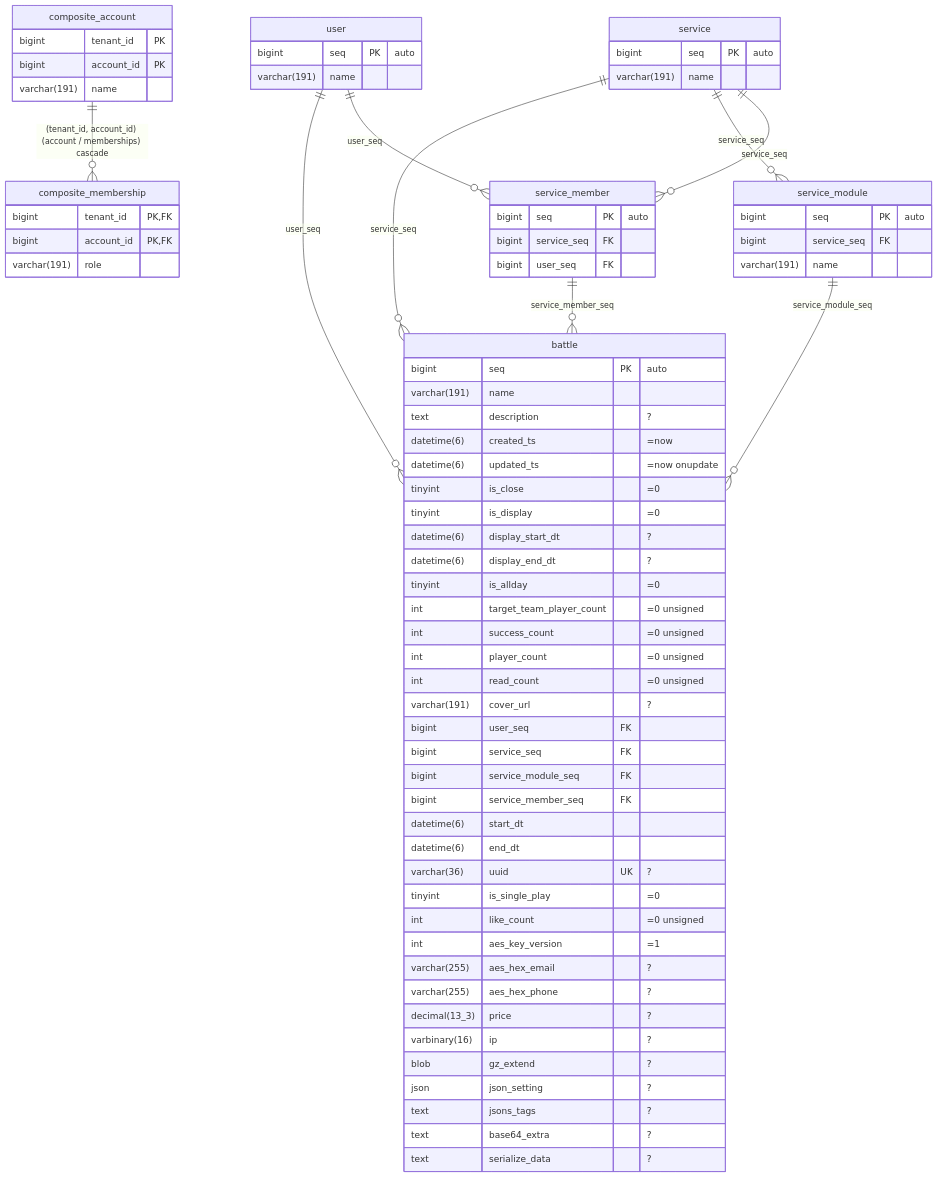
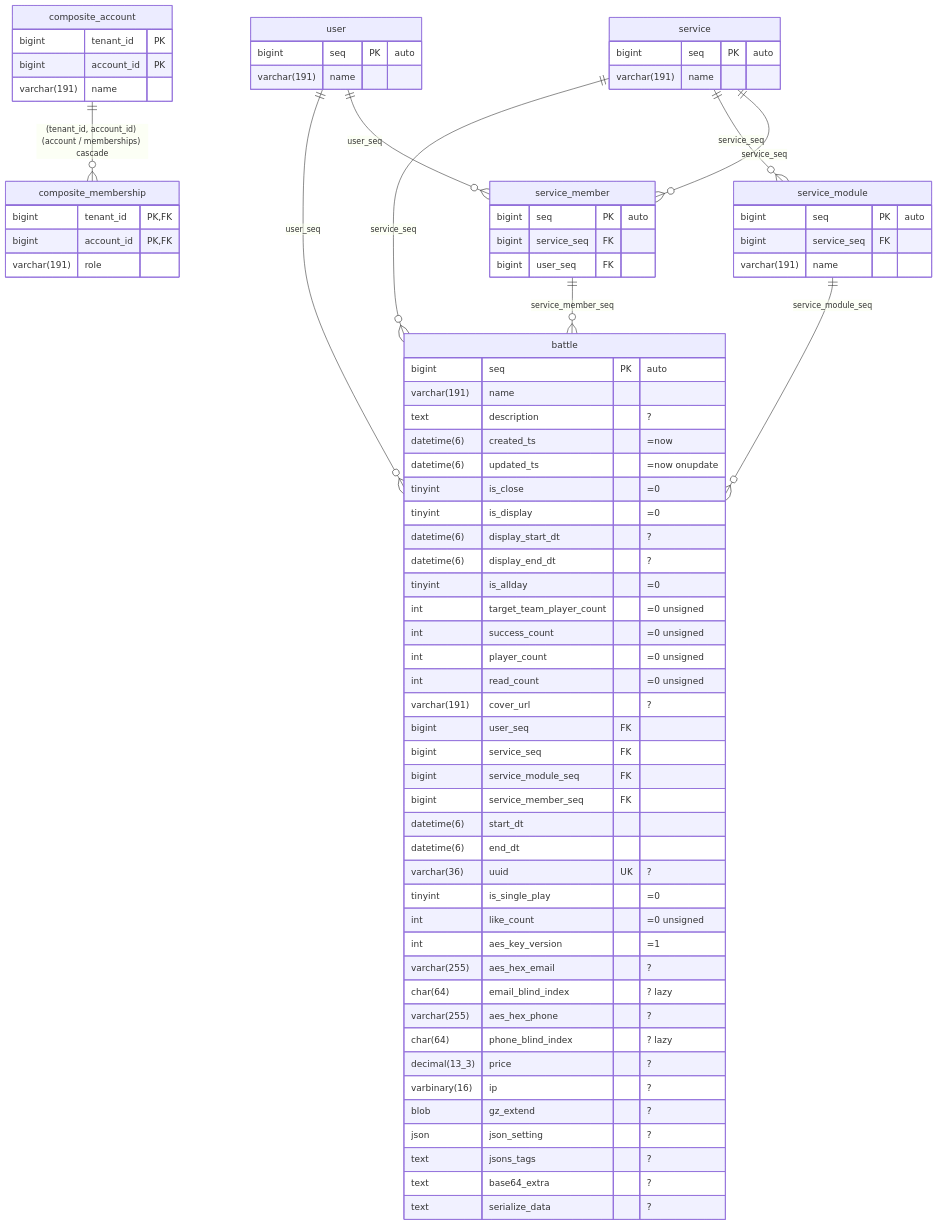
The diagram in schema/bench.mmd (polyspec/orm), drawn with Mermaid before and after one commit. The commit also changed 90 other files, not shown here.

```diff
--- a/schema/bench.mmd
+++ b/schema/bench.mmd
@@ -1,82 +1,88 @@
 erDiagram
   battle {
     bigint        seq                      PK  "auto"
     varchar(191)  name
     text          description                  "?"
     datetime(6)   created_ts                   "=now"
     datetime(6)   updated_ts                   "=now onupdate"
     tinyint       is_close                     "=0"
     tinyint       is_display                   "=0"
     datetime(6)   display_start_dt             "?"
     datetime(6)   display_end_dt               "?"
     tinyint       is_allday                    "=0"
     int           target_team_player_count     "=0 unsigned"
     int           success_count                "=0 unsigned"
     int           player_count                 "=0 unsigned"
     int           read_count                   "=0 unsigned"
     varchar(191)  cover_url                    "?"
     bigint        user_seq                 FK
     bigint        service_seq              FK
     bigint        service_module_seq       FK
     bigint        service_member_seq       FK
     datetime(6)   start_dt
     datetime(6)   end_dt
     varchar(36)   uuid                     UK  "?"
     tinyint       is_single_play               "=0"
     int           like_count                   "=0 unsigned"
     int           aes_key_version              "=1"
     varchar(255)  aes_hex_email                "?"
+    char(64)      email_blind_index            "? lazy"
     varchar(255)  aes_hex_phone                "?"
+    char(64)      phone_blind_index            "? lazy"
     decimal(13_3) price                        "?"
     varbinary(16) ip                           "?"
     blob          gz_extend                    "?"
     json          json_setting                 "?"
     text          jsons_tags                   "?"
     text          base64_extra                 "?"
     text          serialize_data               "?"
   }
   user {
     bigint        seq   PK "auto"
     varchar(191)  name
   }
   service {
     bigint        seq   PK "auto"
     varchar(191)  name
   }
   service_module {
     bigint        seq   PK "auto"
     bigint        service_seq FK
     varchar(191)  name
   }
   service_member {
     bigint        seq   PK "auto"
     bigint        service_seq FK
     bigint        user_seq    FK
   }
   composite_account {
     bigint        tenant_id PK
     bigint        account_id PK
     varchar(191)  name
   }
   composite_membership {
     bigint        tenant_id PK, FK
     bigint        account_id PK, FK
     varchar(191)  role
   }
 
   user           ||--o{ battle         : user_seq
   service        ||--o{ battle         : service_seq
   service_module ||--o{ battle         : service_module_seq
   service_member ||--o{ battle         : service_member_seq
   service        ||--o{ service_module : service_seq
   service        ||--o{ service_member : service_seq
   user           ||--o{ service_member : user_seq
   composite_account ||--o{ composite_membership : "(tenant_id, account_id) (account / memberships) cascade"
 
   %% index battle (service_module_seq, is_close, is_display, is_allday) ik
   %% index battle (service_seq, is_close) ix_service
   %% index battle (user_seq, is_close) ix_user
+  %% index battle (email_blind_index) ix_email_blind_index
+  %% index battle (phone_blind_index) ix_phone_blind_index
+  %% blind_index battle aes_hex_email email_blind_index
+  %% blind_index battle aes_hex_phone phone_blind_index
   %% scope battle service_seq
   %% fulltext battle (name, description)
   %% predicate battle visible : `is_close` = FALSE AND `is_display` = TRUE
   %% predicate battle started_after : `start_dt` > ?
```
